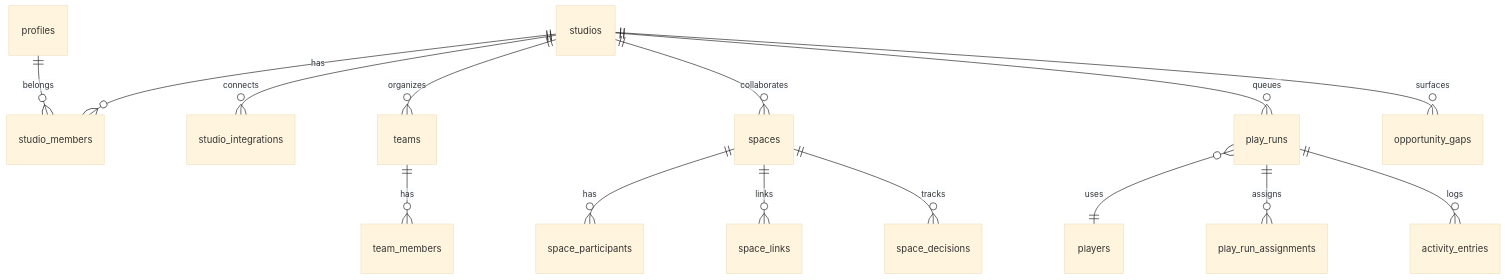
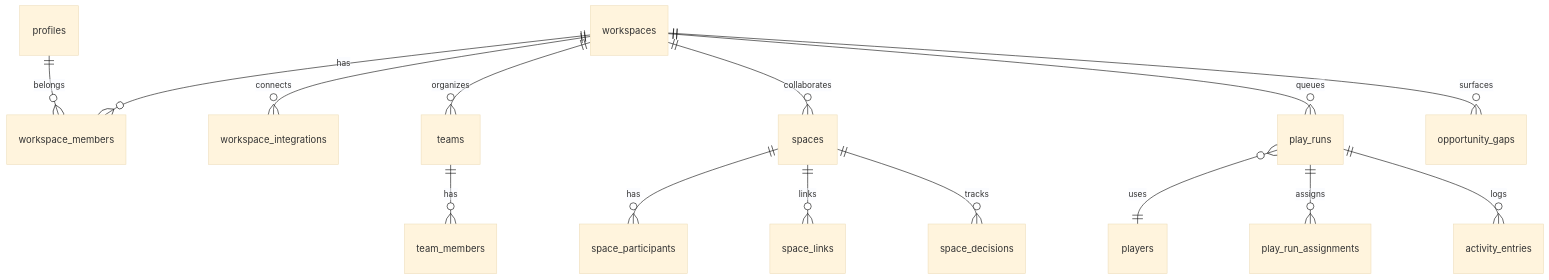
The diagram in docs/architecture/database-schema.md (createdbysalt/salt), drawn with Mermaid (base theme) before and after one commit. The commit also changed other lines of this file and 622 other files, not shown here.

````diff
--- a/docs/architecture/database-schema.md
+++ b/docs/architecture/database-schema.md
@@ -18,17 +18,17 @@
 ```mermaid
 erDiagram
-    profiles ||--o{ studio_members : "belongs"
-    studios ||--o{ studio_members : "has"
-    studios ||--o{ studio_integrations : "connects"
-    studios ||--o{ teams : "organizes"
-    studios ||--o{ spaces : "collaborates"
+    profiles ||--o{ workspace_members : "belongs"
+    workspaces ||--o{ workspace_members : "has"
+    workspaces ||--o{ workspace_integrations : "connects"
+    workspaces ||--o{ teams : "organizes"
+    workspaces ||--o{ spaces : "collaborates"
     teams ||--o{ team_members : "has"
     spaces ||--o{ space_participants : "has"
     spaces ||--o{ space_links : "links"
     spaces ||--o{ space_decisions : "tracks"
-    studios ||--o{ play_runs : "queues"
-    studios ||--o{ opportunity_gaps : "surfaces"
+    workspaces ||--o{ play_runs : "queues"
+    workspaces ||--o{ opportunity_gaps : "surfaces"
     play_runs }o--|| players : "uses"
     play_runs ||--o{ play_run_assignments : "assigns"
     play_runs ||--o{ activity_entries : "logs"
 ```
````
